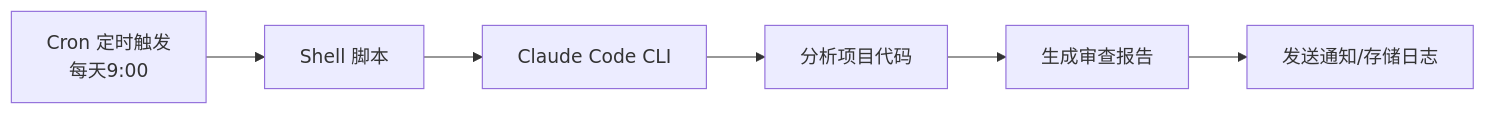
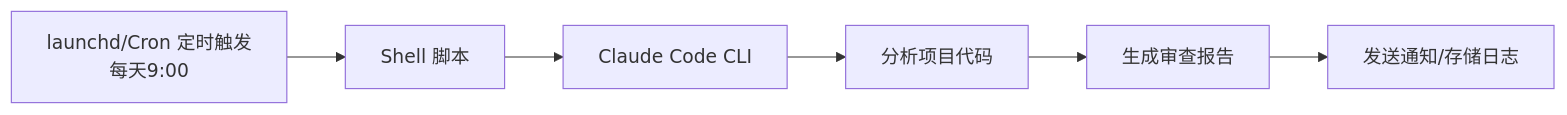
Before and after one commit to Treasoni/Study-Notes: the diagram in AI学习/02-工具使用/Claude Code 定时任务自动化指南.md, drawn with Mermaid. The commit also changed other lines of this file and 4 other files, not shown here.

````diff
--- a/AI学习/02-工具使用/Claude Code 定时任务自动化指南.md
+++ b/AI学习/02-工具使用/Claude Code 定时任务自动化指南.md
@@ -50,8 +57,8 @@
 ```mermaid
 graph LR
-    A[Cron 定时触发<br>每天9:00] --> B[Shell 脚本]
+    A[launchd/Cron 定时触发<br>每天9:00] --> B[Shell 脚本]
     B --> C[Claude Code CLI]
     C --> D[分析项目代码]
     D --> E[生成审查报告]
     E --> F[发送通知/存储日志]
 ```
````
